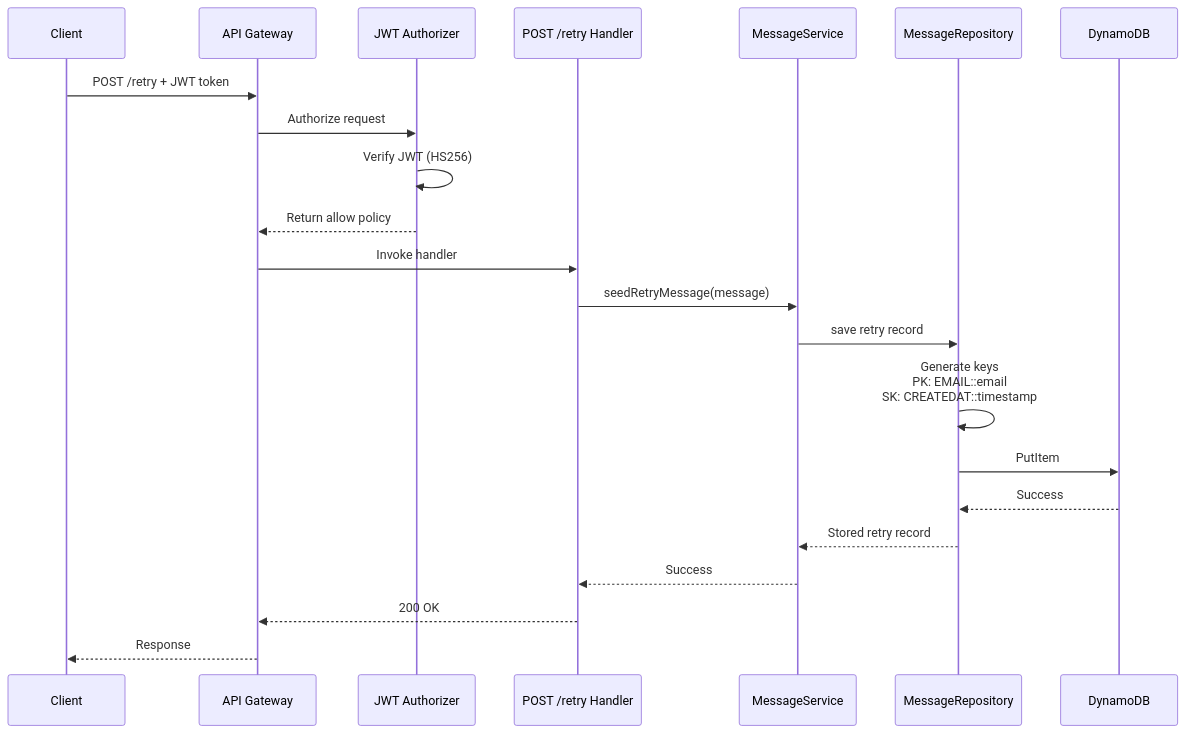
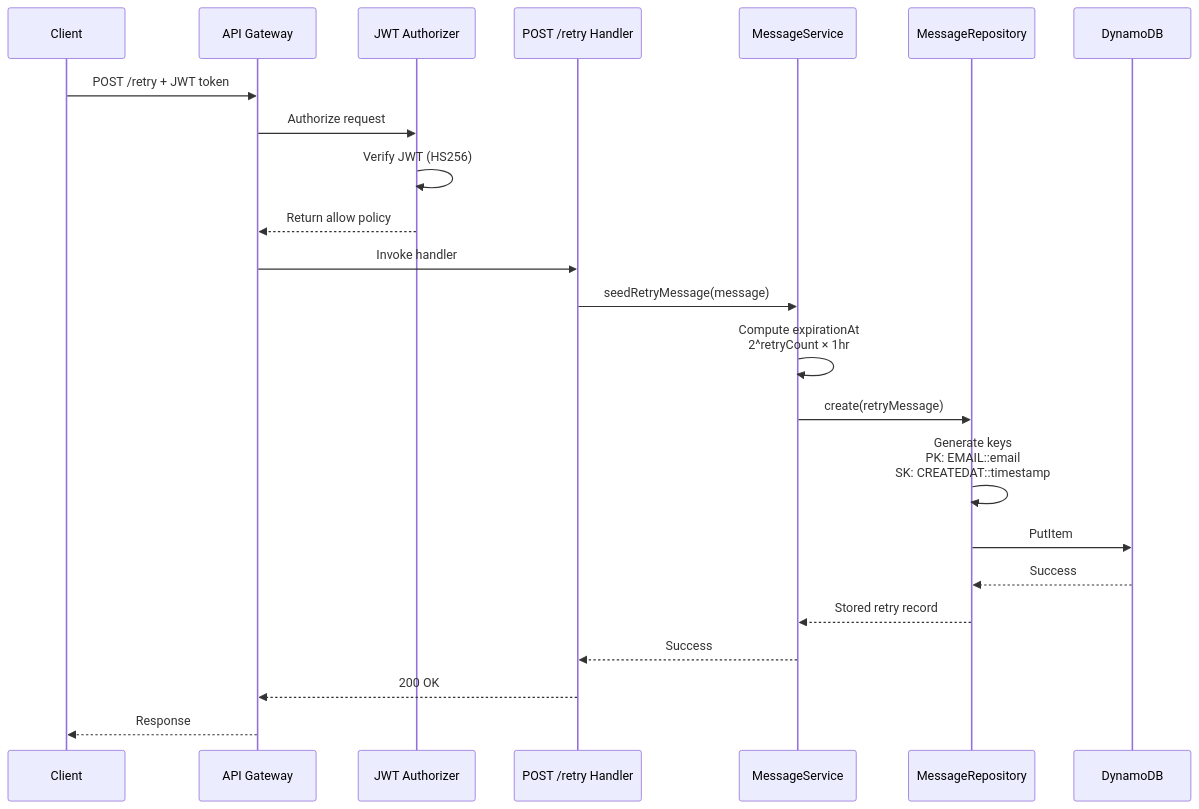
The third of 4 diagrams in docs/ARCHITECTURE.md (rawlinja/serverless-message-retry-cdk), drawn with Mermaid before and after one commit. The commit also changed other lines of this file, not shown here.

Commit message:
docs(architecture): align schedule, lookback window, and method names with code

````diff
--- a/docs/ARCHITECTURE.md
+++ b/docs/ARCHITECTURE.md
@@ -150,25 +155,26 @@
 ```mermaid
 sequenceDiagram
     participant C as Client
     participant AG as API Gateway
     participant A as JWT Authorizer
     participant RH as POST /retry Handler
     participant MS as MessageService
     participant MR as MessageRepository
     participant DB as DynamoDB
 
     C->>AG: POST /retry + JWT token
     AG->>A: Authorize request
     A->>A: Verify JWT (HS256)
     A-->>AG: Return allow policy
     AG->>RH: Invoke handler
     RH->>MS: seedRetryMessage(message)
-    MS->>MR: save retry record
+    MS->>MS: Compute expirationAt<br/>2^retryCount × 1hr
+    MS->>MR: create(retryMessage)
     MR->>MR: Generate keys<br/>PK: EMAIL::email<br/>SK: CREATEDAT::timestamp
     MR->>DB: PutItem
     DB-->>MR: Success
     MR-->>MS: Stored retry record
     MS-->>RH: Success
     RH-->>AG: 200 OK
     AG-->>C: Response
 ```
````
